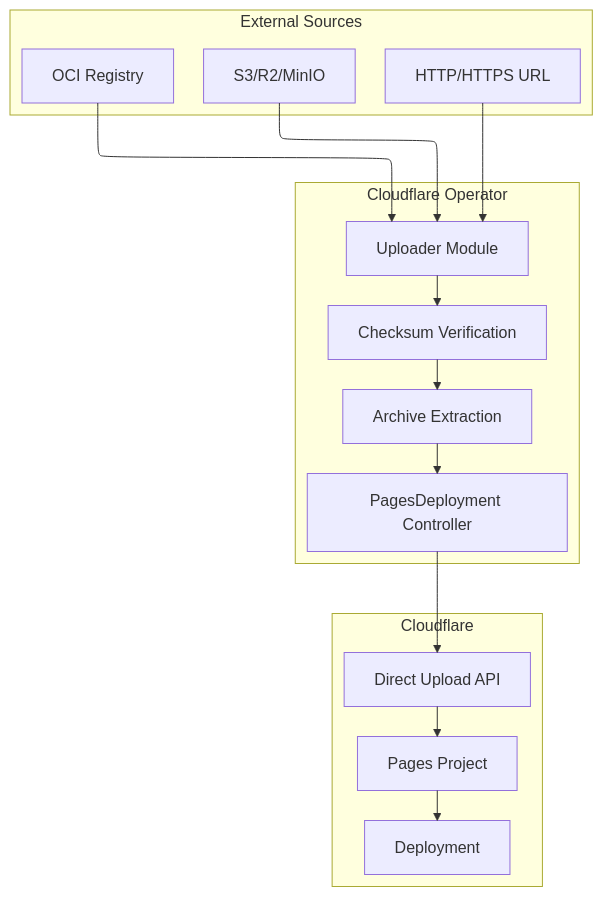
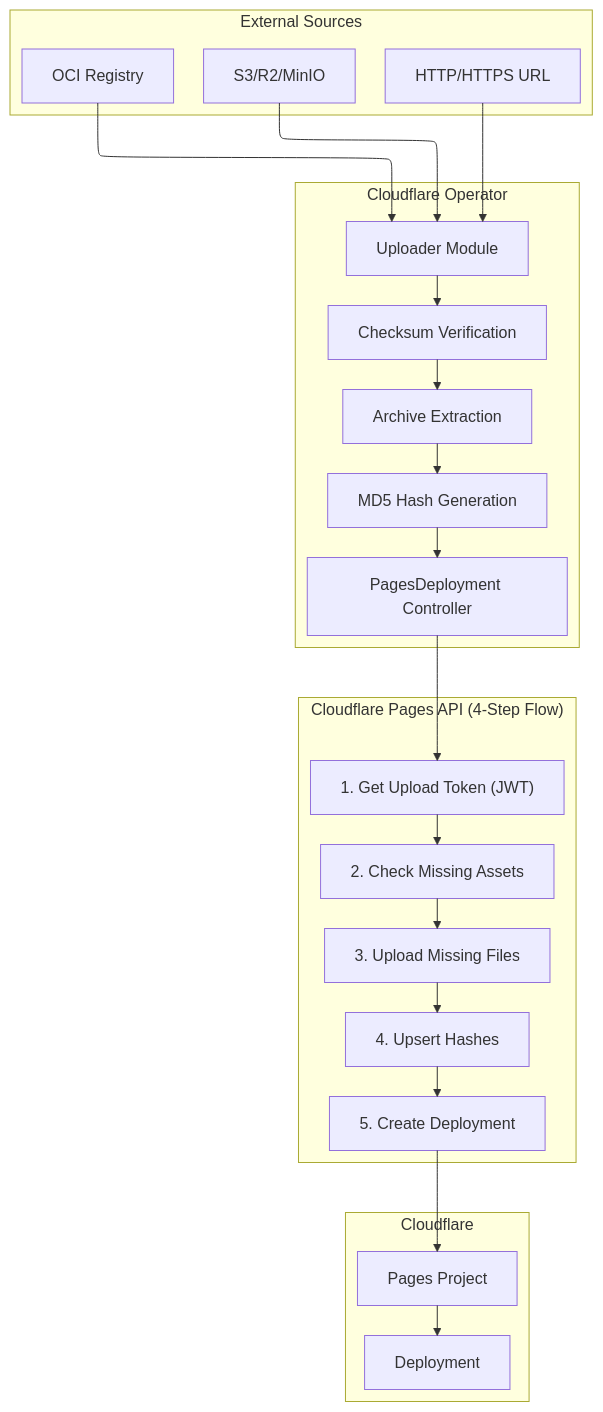
Before and after one commit to StringKe/cloudflare-operator: the first of 2 diagrams in docs/en/guides/pages-advanced-deployment.md, drawn with Mermaid. The commit also changed other lines of this file and 2 other files, not shown here.

Commit message:
docs(pages): update documentation for v0.27.13 Direct Upload fix
- Update version from v0.27.12 to v0.27.13
- Add detailed architecture diagram showing 4-step API flow
- Document MD5 hash requirement (not SHA256)
- Document special files exclusion (_headers, _redirects, etc.)
- Add technical details section in examples README
- Sync English and Chinese documentation

````diff
--- a/docs/en/guides/pages-advanced-deployment.md
+++ b/docs/en/guides/pages-advanced-deployment.md
@@ -21,36 +21,49 @@
 ```mermaid
 ---
 config:
   layout: elk
 ---
 flowchart TB
     subgraph Sources["External Sources"]
         HTTP["HTTP/HTTPS URL"]
         S3["S3/R2/MinIO"]
         OCI["OCI Registry"]
     end
 
     subgraph Operator["Cloudflare Operator"]
         PD["PagesDeployment Controller"]
         UP["Uploader Module"]
         CS["Checksum Verification"]
         AR["Archive Extraction"]
+        MD5["MD5 Hash Generation"]
+    end
+
+    subgraph CloudflareAPI["Cloudflare Pages API (4-Step Flow)"]
+        JWT["1. Get Upload Token (JWT)"]
+        CHK["2. Check Missing Assets"]
+        UPL["3. Upload Missing Files"]
+        UPS["4. Upsert Hashes"]
+        DEP["5. Create Deployment"]
     end
 
     subgraph Cloudflare["Cloudflare"]
-        DU["Direct Upload API"]
         PP["Pages Project"]
         DEPLOY["Deployment"]
     end
 
     HTTP --> UP
     S3 --> UP
     OCI --> UP
 
     UP --> CS
     CS --> AR
-    AR --> PD
-    PD --> DU
-    DU --> PP
+    AR --> MD5
+    MD5 --> PD
+    PD --> JWT
+    JWT --> CHK
+    CHK --> UPL
+    UPL --> UPS
+    UPS --> DEP
+    DEP --> PP
     PP --> DEPLOY
 ```
````
